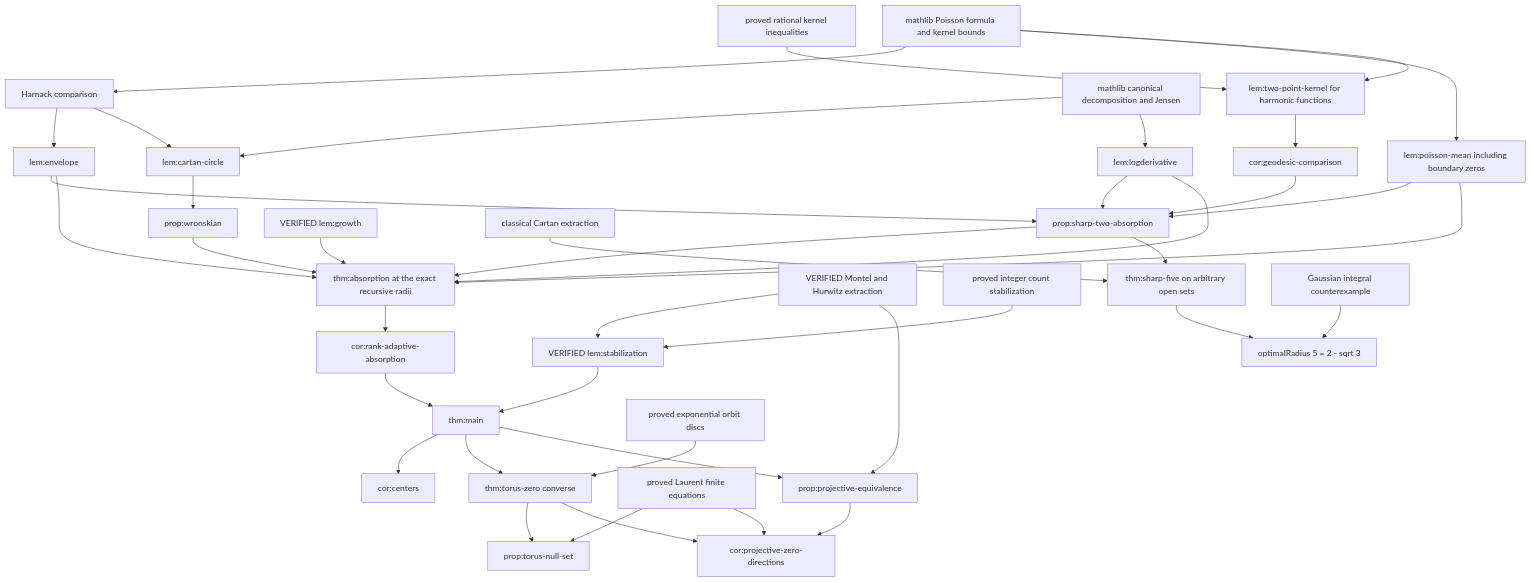
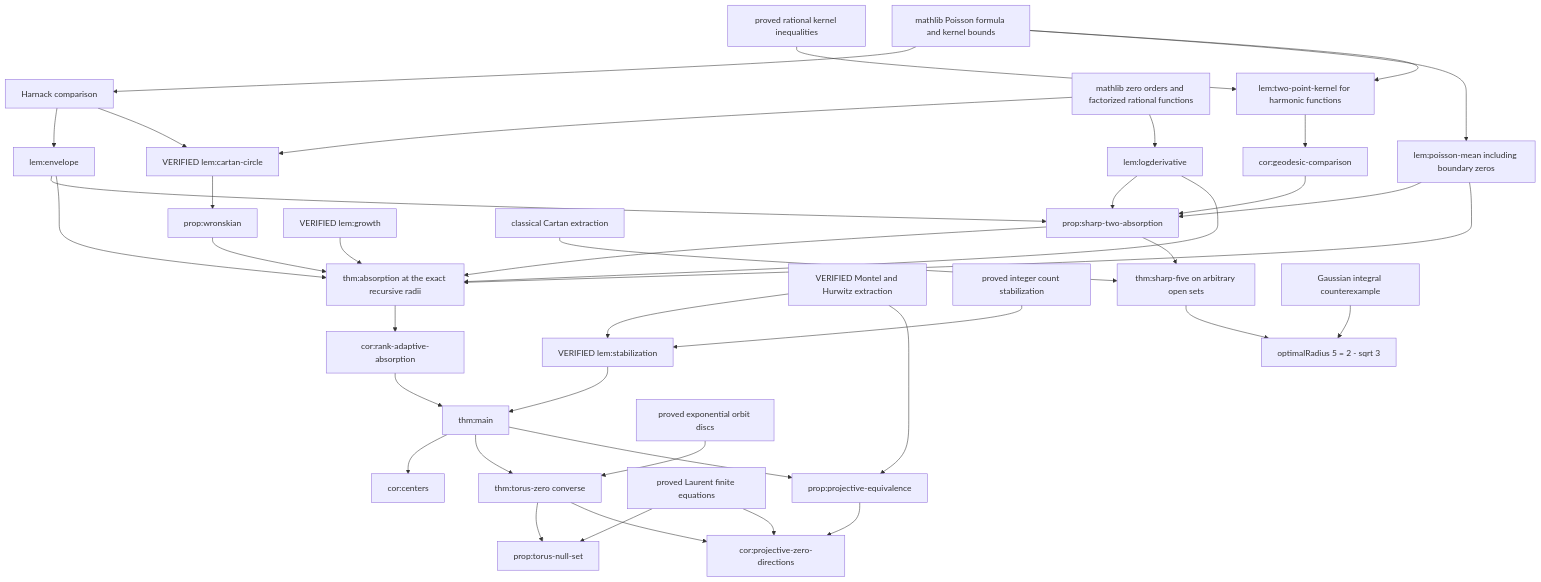
Before and after one commit to zhangteng2000/modified-cartan-lean: the diagram in docs/DEPENDENCIES.md, drawn with Mermaid. The commit also changed 17 other files, not shown here.

Commit message:
Prove the full Cartan circle estimate with exact power dependence

````diff
--- a/docs/DEPENDENCIES.md
+++ b/docs/DEPENDENCIES.md
@@ -5,42 +5,42 @@
 ```mermaid
 flowchart TD
   Poisson[mathlib Poisson formula and kernel bounds] --> Harnack[Harnack comparison]
   Harnack --> Envelope[lem:envelope]
-  Factor[mathlib canonical decomposition and Jensen] --> Circle[lem:cartan-circle]
+  Factor[mathlib zero orders and factorized rational functions] --> Circle[VERIFIED lem:cartan-circle]
   Harnack --> Circle
   Circle --> Wronskian[prop:wronskian]
   Factor --> LogDeriv[lem:logderivative]
   Poisson --> Mean[lem:poisson-mean including boundary zeros]
   Kernel[proved rational kernel inequalities] --> TwoPoint[lem:two-point-kernel for harmonic functions]
   Poisson --> TwoPoint
   TwoPoint --> Geodesic[cor:geodesic-comparison]
   Geodesic --> TwoAbs[prop:sharp-two-absorption]
   Envelope --> TwoAbs
   Mean --> TwoAbs
   LogDeriv --> TwoAbs
   Wronskian --> Abs[thm:absorption at the exact recursive radii]
   LogDeriv --> Abs
   Growth[VERIFIED lem:growth] --> Abs
   Envelope --> Abs
   Mean --> Abs
   TwoAbs --> Abs
   Abs --> Rank[cor:rank-adaptive-absorption]
   Normal[VERIFIED Montel and Hurwitz extraction] --> Stabilize[VERIFIED lem:stabilization]
   Counts[proved integer count stabilization] --> Stabilize
   Rank --> Main[thm:main]
   Stabilize --> Main
   Main --> Centers[cor:centers]
   Classical[classical Cartan extraction] --> Five[thm:sharp-five on arbitrary open sets]
   TwoAbs --> Five
   Five --> Optimal[optimalRadius 5 = 2 - sqrt 3]
   Gaussian[Gaussian integral counterexample] --> Optimal
   Main --> Torus[thm:torus-zero converse]
   Orbit[proved exponential orbit discs] --> Torus
   Torus --> Null[prop:torus-null-set]
   Finite[proved Laurent finite equations] --> Null
   Main --> Projective[prop:projective-equivalence]
   Normal --> Projective
   Projective --> Directions[cor:projective-zero-directions]
   Torus --> Directions
   Finite --> Directions
 ```
````
